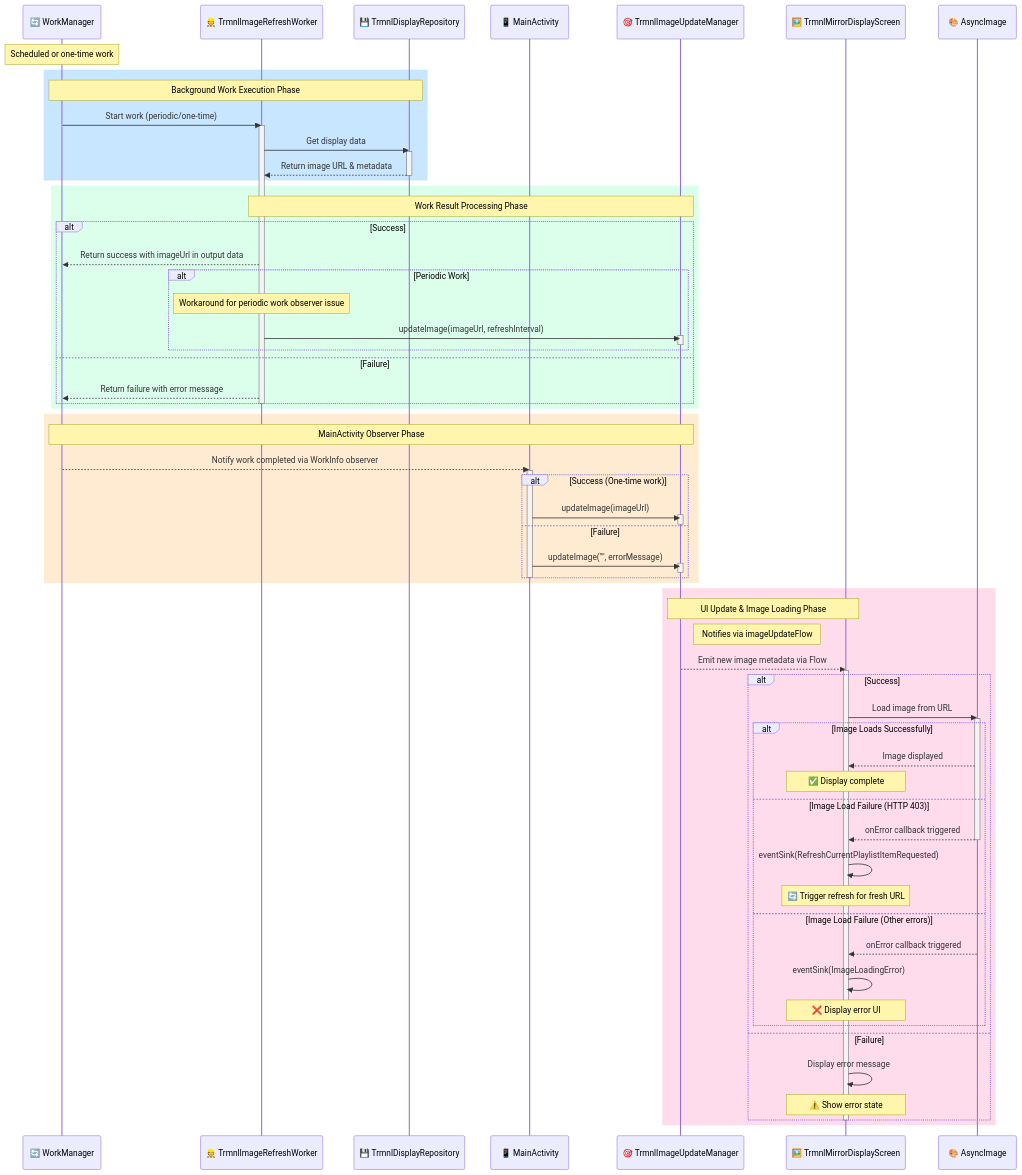
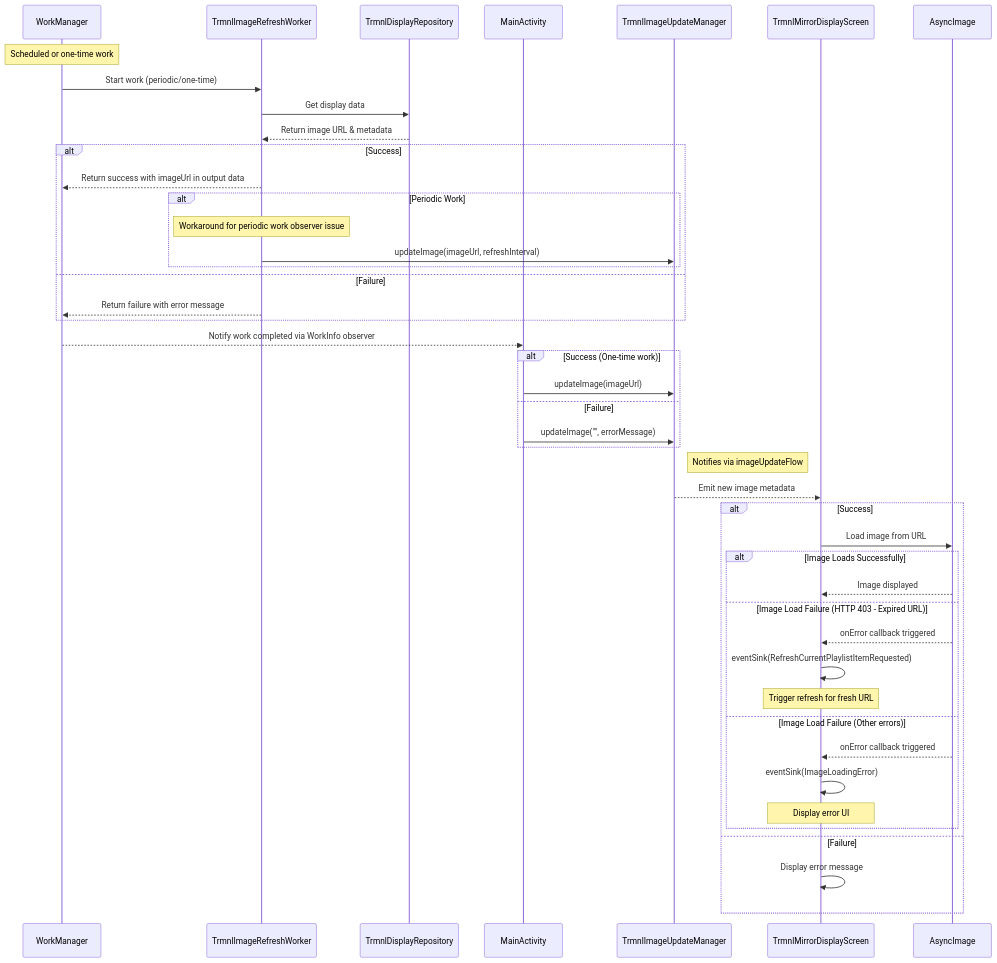
The diagram in CONTRIBUTING.md (usetrmnl/trmnl-android), drawn with Mermaid before and after one commit.

Commit message:
[REVERT] Color background which wasn't working well

````diff
--- a/CONTRIBUTING.md
+++ b/CONTRIBUTING.md
@@ -118,87 +118,58 @@
 ```mermaid
 sequenceDiagram
-    participant WorkManager as 🔄 WorkManager
-    participant Worker as 👷 TrmnlImageRefreshWorker
-    participant Repo as 💾 TrmnlDisplayRepository
-    participant Activity as 📱 MainActivity
-    participant Manager as 🎯 TrmnlImageUpdateManager
-    participant Screen as 🖼️ TrmnlMirrorDisplayScreen
-    participant Image as 🎨 AsyncImage
+    participant WorkManager
+    participant TrmnlImageRefreshWorker
+    participant TrmnlDisplayRepository
+    participant MainActivity
+    participant TrmnlImageUpdateManager
+    participant TrmnlMirrorDisplayScreen
+    participant AsyncImage
 
     Note over WorkManager: Scheduled or one-time work
-    rect rgb(200, 230, 255)
-        Note over WorkManager,Repo: Background Work Execution Phase
-        WorkManager->>Worker: Start work (periodic/one-time)
-        activate Worker
+
+    WorkManager->>TrmnlImageRefreshWorker: Start work (periodic/one-time)
+    
+    TrmnlImageRefreshWorker->>TrmnlDisplayRepository: Get display data
+    TrmnlDisplayRepository-->>TrmnlImageRefreshWorker: Return image URL & metadata
+    
+    alt Success
+        TrmnlImageRefreshWorker-->>WorkManager: Return success with imageUrl in output data
         
-        Worker->>Repo: Get display data
-        activate Repo
-        Repo-->>Worker: Return image URL & metadata
-        deactivate Repo
+        alt Periodic Work
+            Note over TrmnlImageRefreshWorker: Workaround for periodic work observer issue
+            TrmnlImageRefreshWorker->>TrmnlImageUpdateManager: updateImage(imageUrl, refreshInterval)
+        end
+    else Failure
+        TrmnlImageRefreshWorker-->>WorkManager: Return failure with error message
     end
     
-    rect rgb(220, 255, 235)
-        Note over Worker,Manager: Work Result Processing Phase
-        alt Success
-            Worker-->>WorkManager: Return success with imageUrl in output data
-            
-            alt Periodic Work
-                Note over Worker: Workaround for periodic work observer issue
-                Worker->>Manager: updateImage(imageUrl, refreshInterval)
-                activate Manager
-                deactivate Manager
-            end
-        else Failure
-            Worker-->>WorkManager: Return failure with error message
-        end
-        deactivate Worker
+    WorkManager-->>MainActivity: Notify work completed via WorkInfo observer
+
+    alt Success (One-time work)
+        MainActivity->>TrmnlImageUpdateManager: updateImage(imageUrl)
+    else Failure
+        MainActivity->>TrmnlImageUpdateManager: updateImage("", errorMessage)
     end
 
-    rect rgb(255, 235, 210)
-        Note over WorkManager,Manager: MainActivity Observer Phase
-        WorkManager-->>Activity: Notify work completed via WorkInfo observer
-        activate Activity
+    Note right of TrmnlImageUpdateManager: Notifies via imageUpdateFlow
 
-        alt Success (One-time work)
-            Activity->>Manager: updateImage(imageUrl)
-            activate Manager
-            deactivate Manager
-        else Failure
-            Activity->>Manager: updateImage("", errorMessage)
-            activate Manager
-            deactivate Manager
+    TrmnlImageUpdateManager-->>TrmnlMirrorDisplayScreen: Emit new image metadata
+    
+    alt Success
+        TrmnlMirrorDisplayScreen->>AsyncImage: Load image from URL
+        
+        alt Image Loads Successfully
+            AsyncImage-->>TrmnlMirrorDisplayScreen: Image displayed
+        else Image Load Failure (HTTP 403 - Expired URL)
+            AsyncImage-->>TrmnlMirrorDisplayScreen: onError callback triggered
+            TrmnlMirrorDisplayScreen->>TrmnlMirrorDisplayScreen: eventSink(RefreshCurrentPlaylistItemRequested)
+            Note over TrmnlMirrorDisplayScreen: Trigger refresh for fresh URL
+        else Image Load Failure (Other errors)
+            AsyncImage-->>TrmnlMirrorDisplayScreen: onError callback triggered
+            TrmnlMirrorDisplayScreen->>TrmnlMirrorDisplayScreen: eventSink(ImageLoadingError)
+            Note over TrmnlMirrorDisplayScreen: Display error UI
         end
-        deactivate Activity
-    end
-
-    rect rgb(255, 220, 235)
-        Note over Manager,Screen: UI Update & Image Loading Phase
-        Note right of Manager: Notifies via imageUpdateFlow
-
-        Manager-->>Screen: Emit new image metadata via Flow
-        activate Screen
-        
-        alt Success
-            Screen->>Image: Load image from URL
-            activate Image
-            
-            alt Image Loads Successfully
-                Image-->>Screen: Image displayed
-                Note over Screen: ✅ Display complete
-            else Image Load Failure (HTTP 403)
-                Image-->>Screen: onError callback triggered
-                deactivate Image
-                Screen->>Screen: eventSink(RefreshCurrentPlaylistItemRequested)
-                Note over Screen: 🔄 Trigger refresh for fresh URL
-            else Image Load Failure (Other errors)
-                Image-->>Screen: onError callback triggered
-                Screen->>Screen: eventSink(ImageLoadingError)
-                Note over Screen: ❌ Display error UI
-            end
-        else Failure
-            Screen->>Screen: Display error message
-            Note over Screen: ⚠️ Show error state
-        end
-        deactivate Screen
+    else Failure
+        TrmnlMirrorDisplayScreen->>TrmnlMirrorDisplayScreen: Display error message
     end
 ```
````
